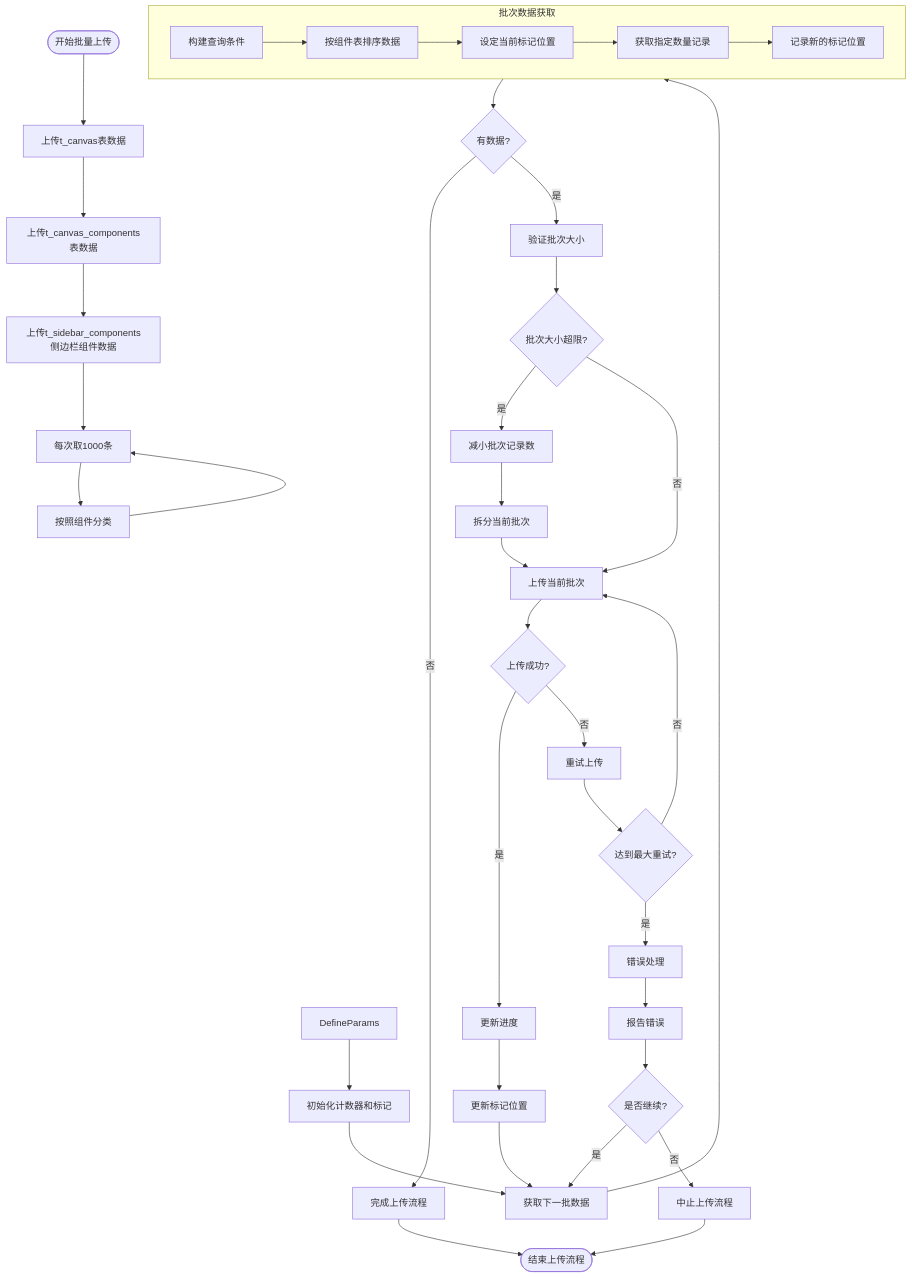
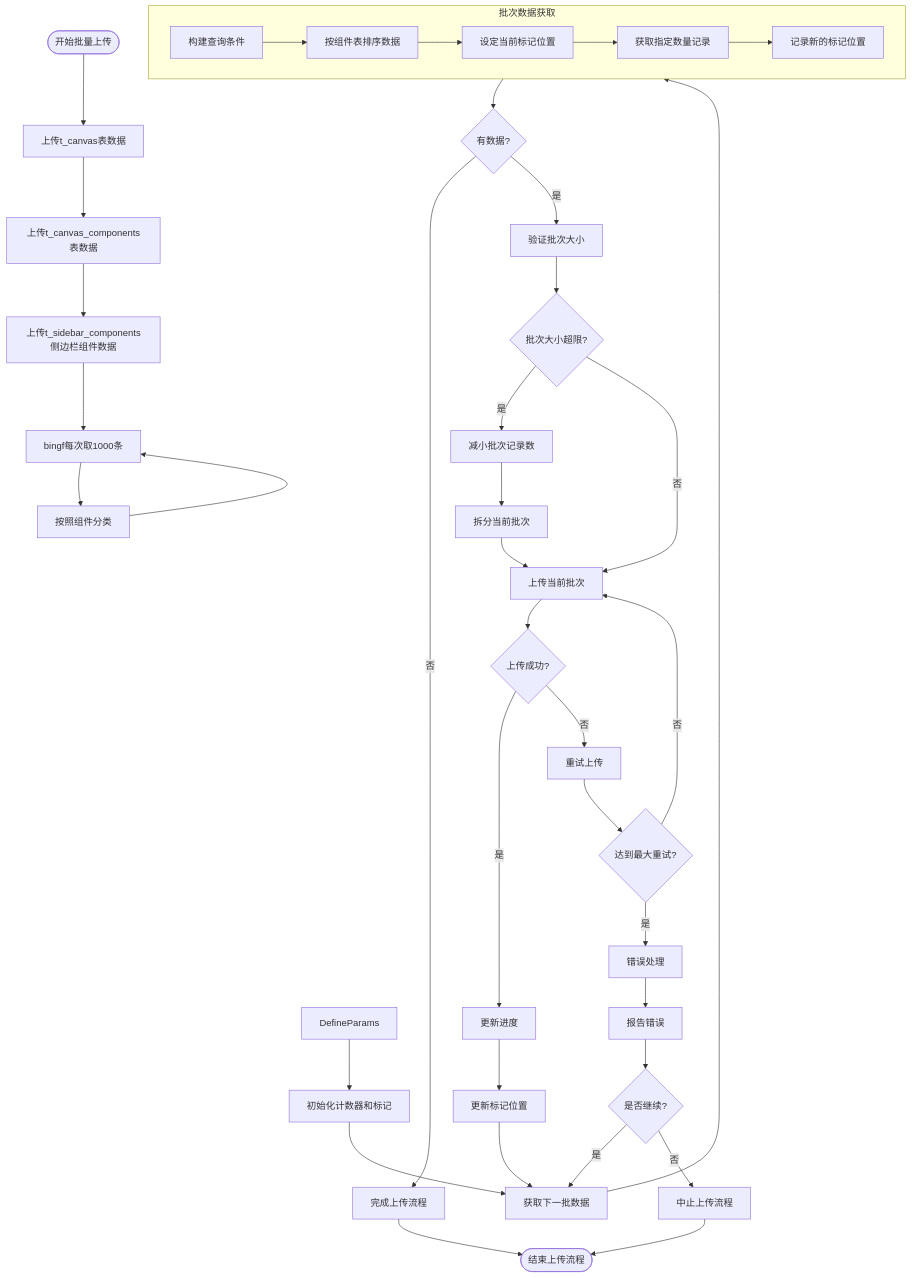
The diagram in all/未命名-51.md (yingjianzh/iodraw-files), drawn with Mermaid before and after one commit.

Commit message:
2025-05-08 17:27:22 update

````diff
--- a/all/未命名-51.md
+++ b/all/未命名-51.md
@@ -1,54 +1,54 @@
 ```mermaid
 flowchart TD
     Start([开始批量上传]) --> UploadSpaceData[上传t_canvas表数据]
     UploadSpaceData --> UploadComponentListData[上传t_canvas_components表数据]
     UploadComponentListData --> UploadSiderComponent[上传t_sidebar_components侧边栏组件数据]
     
     UploadSiderComponent --> UploadData[获取需要上传的组件/组件实例表]
 
     UploadData --> ClassifyData[按照组件分类]
 
-    ClassifyData --> UploadData[每次取1000条]
+    ClassifyData --> UploadData[bingf每次取1000条]
     DefineParams --> InitCounters[初始化计数器和标记]
     
     InitCounters --> FetchNextBatch[获取下一批数据]
     
     subgraph BatchFetch [批次数据获取]
         A[构建查询条件] --> B[按组件表排序数据]
         B --> C[设定当前标记位置]
         C --> D[获取指定数量记录]
         D --> E[记录新的标记位置]
     end
     
     FetchNextBatch --> BatchFetch
     
     BatchFetch --> CheckResults{有数据?}
     CheckResults -->|否| CompleteUpload[完成上传流程]
     CheckResults -->|是| ValidateBatch[验证批次大小]
     
     ValidateBatch --> SizeTooLarge{批次大小超限?}
     SizeTooLarge -->|是| AdjustBatchSize[减小批次记录数]
     SizeTooLarge -->|否| UploadBatch[上传当前批次]
     
     AdjustBatchSize --> SplitBatch[拆分当前批次]
     SplitBatch --> UploadBatch
     
     UploadBatch --> UploadSuccess{上传成功?}
     UploadSuccess -->|是| UpdateProgress[更新进度]
     UploadSuccess -->|否| RetryUpload[重试上传]
     
     RetryUpload --> MaxRetries{达到最大重试?}
     MaxRetries -->|否| UploadBatch
     MaxRetries -->|是| ErrorHandling[错误处理]
     
     ErrorHandling --> ReportError[报告错误]
     ReportError --> ContinueOption{是否继续?}
     ContinueOption -->|是| FetchNextBatch
     ContinueOption -->|否| AbortProcess[中止上传流程]
     
     UpdateProgress --> UpdateMarker[更新标记位置]
     UpdateMarker --> FetchNextBatch
     
     CompleteUpload --> End([结束上传流程])
     AbortProcess --> End
 ```
````
